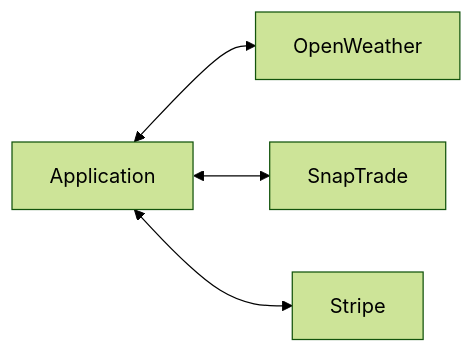
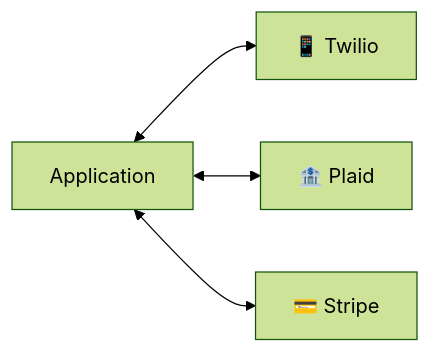
The second of 4 diagrams in generator/konfig-docs/blog/2023/07/11-openapi.mdx (taneron/konfig), drawn with Mermaid (forest theme) before and after one commit. The commit also changed other lines of this file and 2 other files, not shown here.

````diff
--- a/generator/konfig-docs/blog/2023/07/11-openapi.mdx
+++ b/generator/konfig-docs/blog/2023/07/11-openapi.mdx
@@ -48,6 +44,6 @@
 ```mermaid
 flowchart LR
-    A[Application] <--> W[OpenWeather]
-    A <--> S[SnapTrade]
-    A <--> P[Stripe]
+    A[Application] <--> W["📱 Twilio"]
+    A <--> S["🏦 Plaid"]
+    A <--> P["💳 Stripe"]
 ```
````
